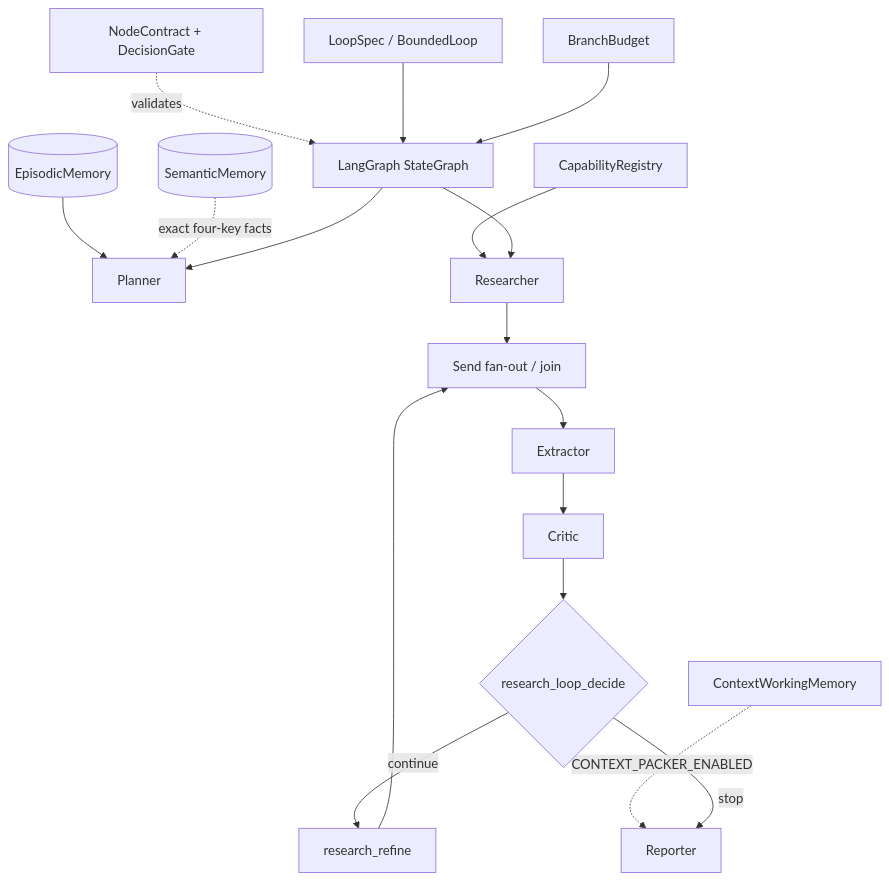
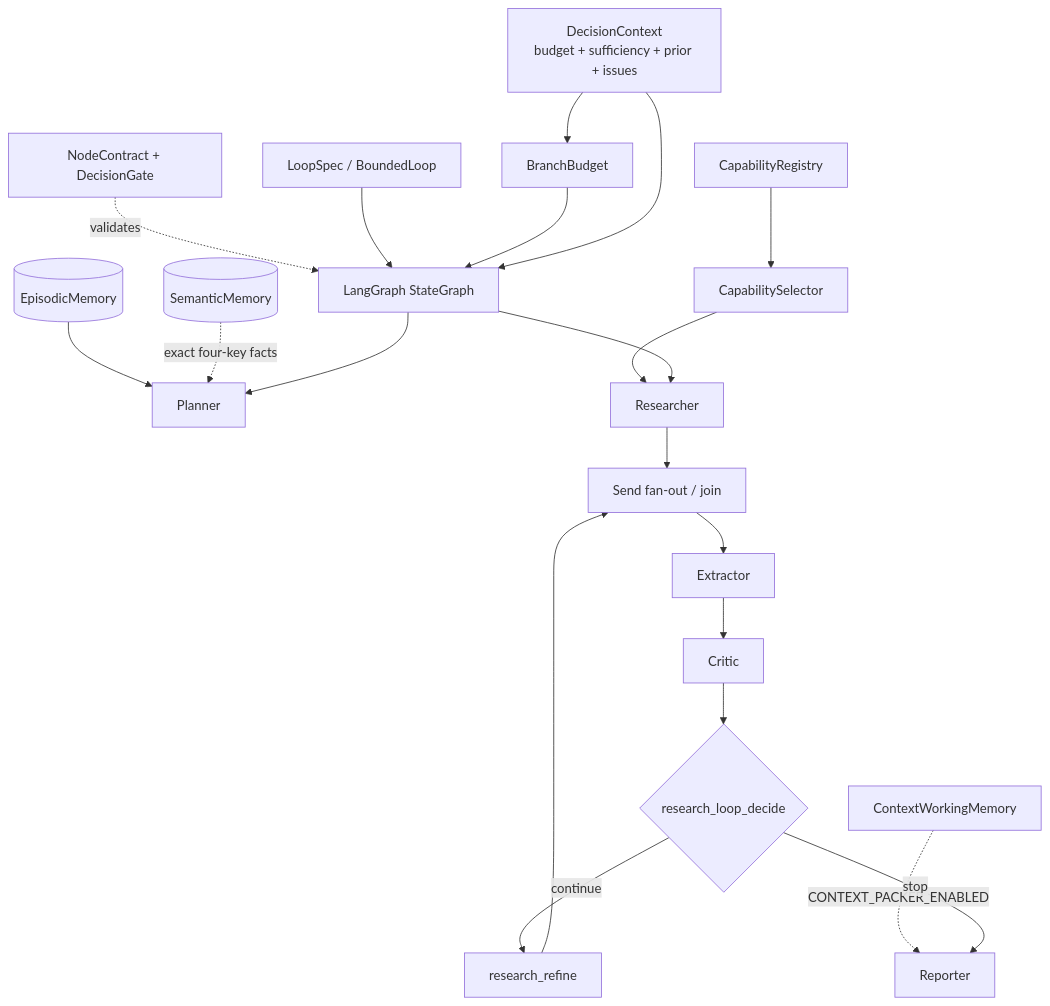
The first of 3 diagrams in docs/architecture.md (linqiaoyu/DeepResearchAgent), drawn with Mermaid before and after one commit. The commit also changed other lines of this file and 6 other files, not shown here.

````diff
--- a/docs/architecture.md
+++ b/docs/architecture.md
@@ -7,19 +7,22 @@
 ```mermaid
 flowchart TB
     NC["NodeContract + DecisionGate"] -. validates .-> G["LangGraph StateGraph"]
     LS["LoopSpec / BoundedLoop"] --> G
     BB["BranchBudget"] --> G
+    DC["DecisionContext<br/>budget + sufficiency + prior + issues"] --> BB
+    DC --> G
     EM[("EpisodicMemory")] --> P["Planner"]
     SM[("SemanticMemory")] -. exact four-key facts .-> P
     WM["ContextWorkingMemory"] -. CONTEXT_PACKER_ENABLED .-> RP["Reporter"]
-    CR["CapabilityRegistry"] --> R["Researcher"]
+    CR["CapabilityRegistry"] --> CS["CapabilitySelector"]
+    CS --> R["Researcher"]
     G --> P
     G --> R
     R --> J["Send fan-out / join"]
     J --> X["Extractor"]
     X --> C["Critic"]
     C --> D{"research_loop_decide"}
     D -->|continue| RF["research_refine"]
     RF --> J
     D -->|stop| RP
 ```
````
